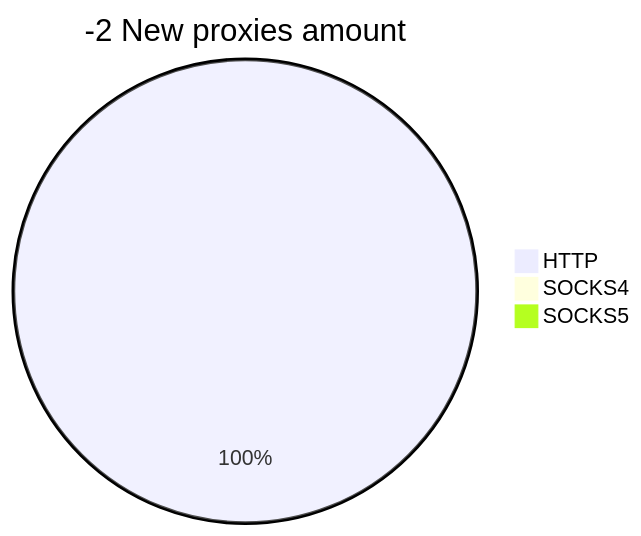
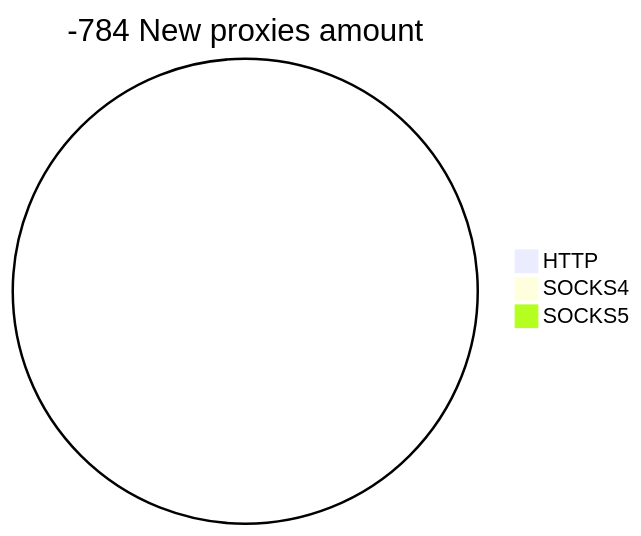
The second of 2 diagrams in README.md (cutipu/proxylist), drawn with Mermaid before and after one commit. The commit also changed other lines of this file, not shown here.

````diff
--- a/README.md
+++ b/README.md
@@ -10,6 +10,6 @@
 ```mermaid
-pie title -2 New proxies amount
-    "HTTP" : 1
+pie title -784 New proxies amount
+    "HTTP" : 0
     "SOCKS4" : 0
     "SOCKS5" : 0
 ```
````
